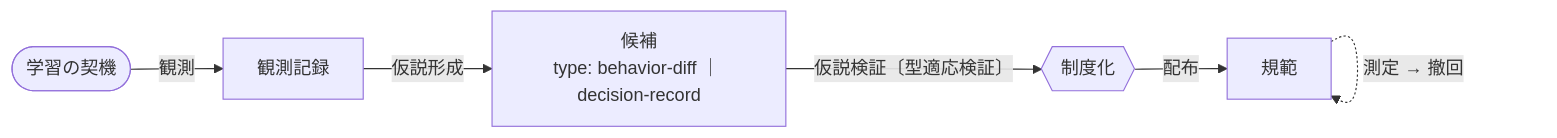
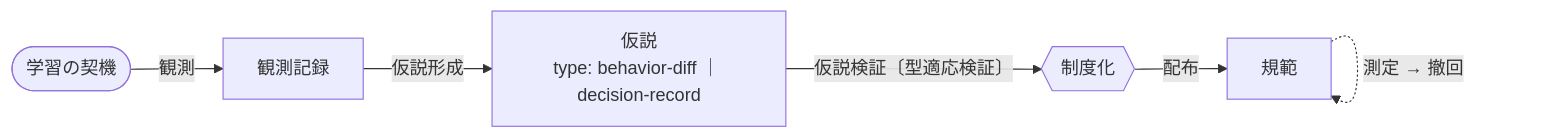
One commit to kuchita-el/claude-shared-skills changed the first of 2 diagrams in plugins/growth/DESIGN.md. Above: the diagram before and after it, drawn with Mermaid. The commit also changed other lines of this file and 15 other files, not shown here.

````diff
--- a/plugins/growth/DESIGN.md
+++ b/plugins/growth/DESIGN.md
@@ -52,14 +52,14 @@
 ```mermaid
 flowchart LR
     ORI(["学習の契機"])
     OBS["観測記録"]
-    CAND["候補<br/>type: behavior-diff ｜ decision-record"]
+    CAND["仮説<br/>type: behavior-diff ｜ decision-record"]
     ADJ{{"制度化"}}
     NORM["規範"]
 
     ORI -->|観測| OBS
     OBS -->|仮説形成| CAND
     CAND -->|"仮説検証〔型適応検証〕"| ADJ
     ADJ -->|配布| NORM
     NORM -.->|"測定 → 撤回"| NORM
 ```
````
